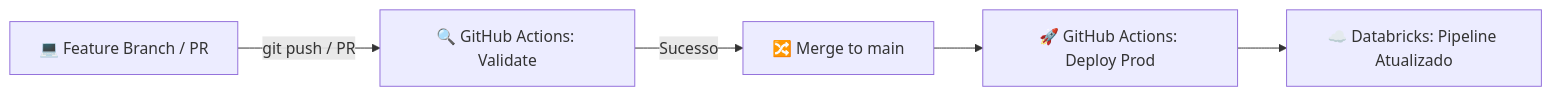
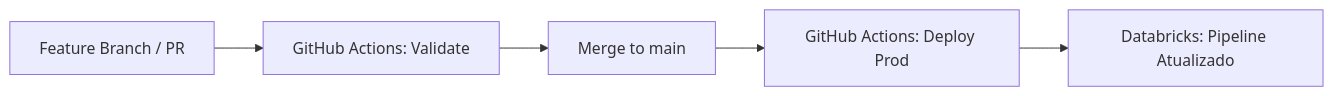
Before and after one commit to RafaelOCorrea/databricks-lakehouse-dataops: the second of 2 diagrams in README.md, drawn with Mermaid. The commit also changed other lines of this file, not shown here.

Commit message:
docs: fix mermaid diagrams and repository links

````diff
--- a/README.md
+++ b/README.md
@@ -97,7 +91,7 @@
 ```mermaid
 flowchart LR
-    DEV[💻 Feature Branch / PR] -->|git push / PR| GHA_VAL[🔍 GitHub Actions: Validate]
-    GHA_VAL -->|Sucesso| MERGE[🔀 Merge to main]
-    MERGE --> GHA_DEP[🚀 GitHub Actions: Deploy Prod]
-    GHA_DEP --> DBX[☁️ Databricks: Pipeline Atualizado]
+    DEV["Feature Branch / PR"] --> GHA_VAL["GitHub Actions: Validate"]
+    GHA_VAL --> MERGE["Merge to main"]
+    MERGE --> GHA_DEP["GitHub Actions: Deploy Prod"]
+    GHA_DEP --> DBX["Databricks: Pipeline Atualizado"]
 ```
````
